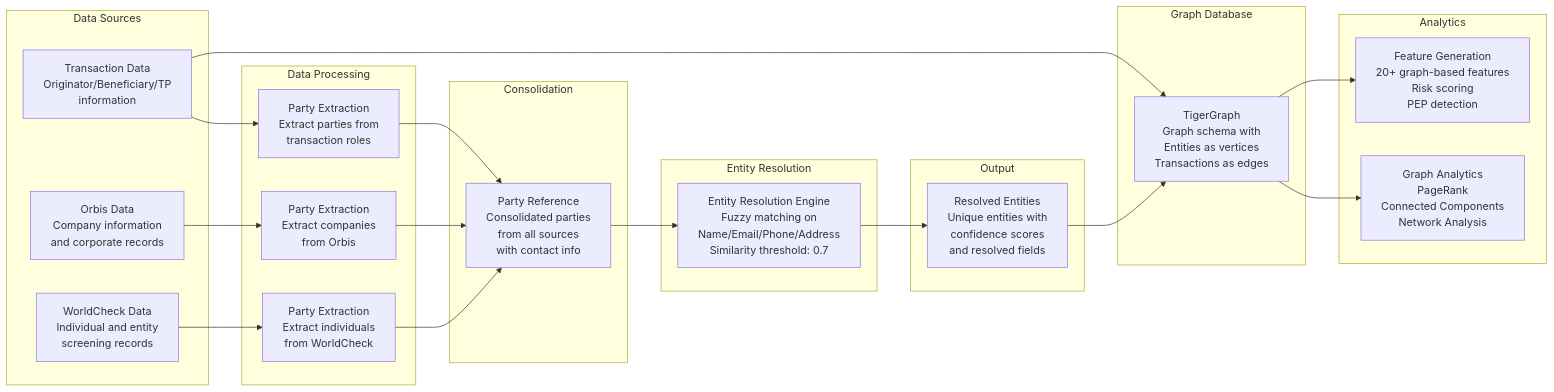
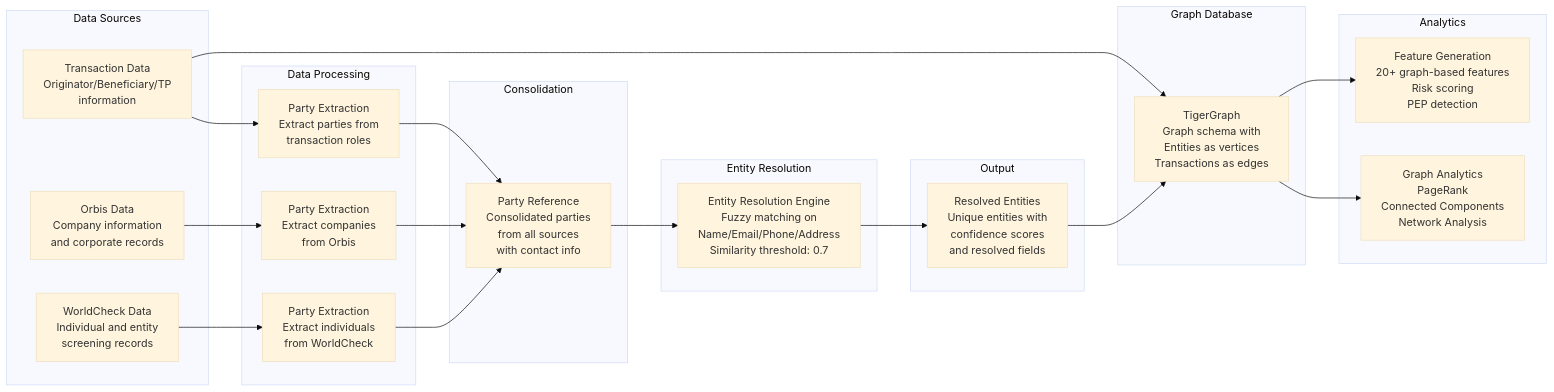
The diagram in README.md (koosha/ERX), drawn with Mermaid before and after one commit. The commit also changed other lines of this file, not shown here.

Commit message:
Fix Mermaid navigation controls using configuration instead of CSS

````diff
--- a/README.md
+++ b/README.md
@@ -49,52 +34,53 @@
 ```mermaid
+%%{init: {'theme': 'base', 'securityLevel': 'loose', 'flowchart': {'useMaxWidth': true, 'htmlLabels': true}, 'mermaid': {'navigation': false}}}%%
 graph LR
     subgraph "Data Sources"
         A1["Transaction Data<br/>Originator/Beneficiary/TP<br/>information"]
         A2["Orbis Data<br/>Company information<br/>and corporate records"]
         A3["WorldCheck Data<br/>Individual and entity<br/>screening records"]
     end
     
     subgraph "Data Processing"
         B1["Party Extraction<br/>Extract parties from<br/>transaction roles"]
         B2["Party Extraction<br/>Extract companies<br/>from Orbis"]
         B3["Party Extraction<br/>Extract individuals<br/>from WorldCheck"]
     end
     
     subgraph "Consolidation"
         C["Party Reference<br/>Consolidated parties<br/>from all sources<br/>with contact info"]
     end
     
     subgraph "Entity Resolution"
         D["Entity Resolution Engine<br/>Fuzzy matching on<br/>Name/Email/Phone/Address<br/>Similarity threshold: 0.7"]
     end
     
     subgraph "Output"
         E["Resolved Entities<br/>Unique entities with<br/>confidence scores<br/>and resolved fields"]
     end
     
     subgraph "Graph Database"
         F["TigerGraph<br/>Graph schema with<br/>Entities as vertices<br/>Transactions as edges"]
     end
     
     subgraph "Analytics"
         G["Graph Analytics<br/>PageRank<br/>Connected Components<br/>Network Analysis"]
         H["Feature Generation<br/>20+ graph-based features<br/>Risk scoring<br/>PEP detection"]
     end
     
     A1 --> B1
     A2 --> B2
     A3 --> B3
     
     B1 --> C
     B2 --> C
     B3 --> C
     
     C --> D
     D --> E
     
     E --> F
     A1 --> F
     
     F --> G
     F --> H
 ```
````
